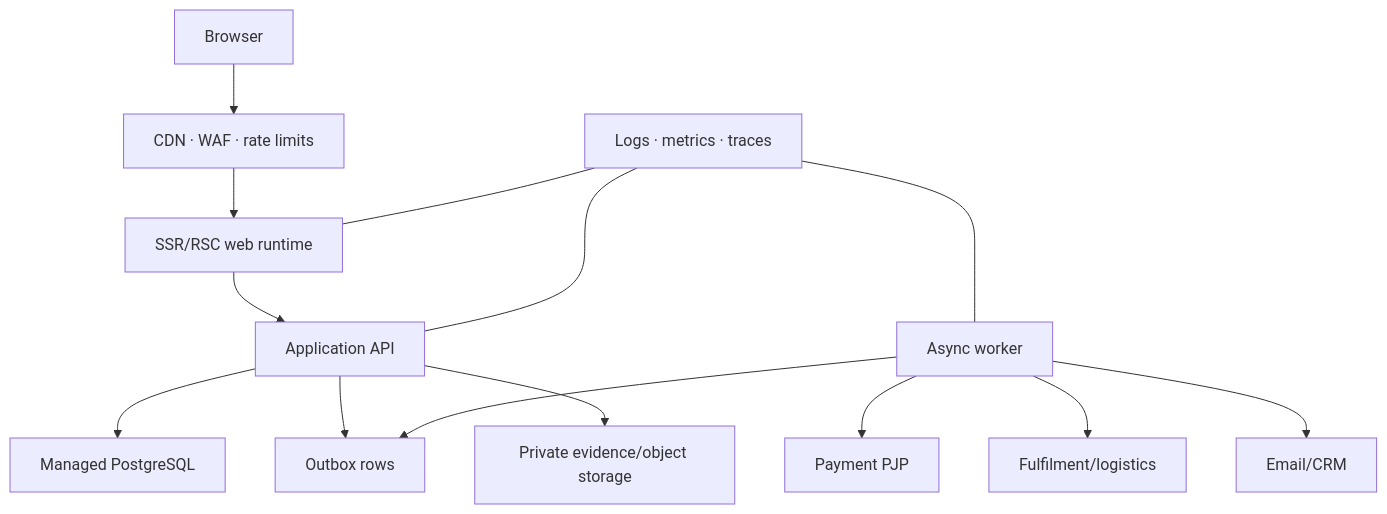
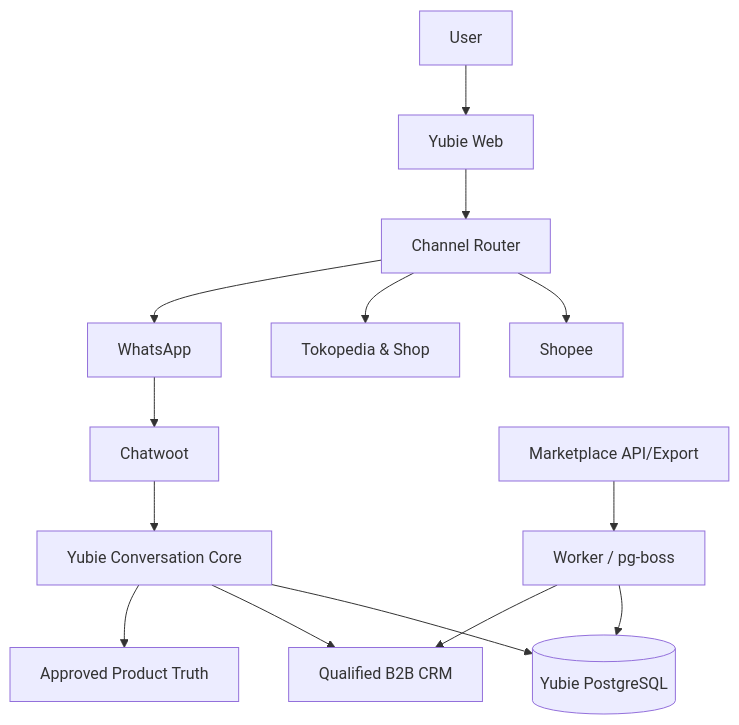
The diagram in docs/production/02_TARGET_SYSTEM_ARCHITECTURE.md (yubiefood-id/yubie-platform), drawn with Mermaid before and after one commit. The commit also changed other lines of this file and 11 other files, not shown here.

Commit message:
docs: realign commerce CRM and production roadmap

````diff
--- a/docs/production/02_TARGET_SYSTEM_ARCHITECTURE.md
+++ b/docs/production/02_TARGET_SYSTEM_ARCHITECTURE.md
@@ -11,16 +5,16 @@
-```mermaid
-flowchart TD
-  Client["Browser"] --> Edge["CDN · WAF · rate limits"]
-  Edge --> Web["SSR/RSC web runtime"]
-  Web --> API["Application API"]
-  API --> DB["Managed PostgreSQL"]
-  API --> Outbox["Outbox rows"]
-  Worker["Async worker"] --> Outbox
-  Worker --> Payment["Payment PJP"]
-  Worker --> Logistics["Fulfilment/logistics"]
-  Worker --> Comms["Email/CRM"]
-  API --> Object["Private evidence/object storage"]
-  Telemetry["Logs · metrics · traces"] --- Web
-  Telemetry --- API
-  Telemetry --- Worker
-```
+~~~mermaid
+flowchart TB
+  User --> Web["Yubie Web"]
+  Web --> Router["Channel Router"]
+  Router --> Shopee
+  Router --> Tokopedia["Tokopedia & Shop"]
+  Router --> WA["WhatsApp"]
+  WA --> Chatwoot
+  Chatwoot --> Core["Yubie Conversation Core"]
+  Core --> DB[("Yubie PostgreSQL")]
+  Core --> CRM["Qualified B2B CRM"]
+  Core --> Truth["Approved Product Truth"]
+  Worker["Worker / pg-boss"] --> DB
+  Worker --> CRM
+  MarketData["Marketplace API/Export"] --> Worker
+~~~
````
